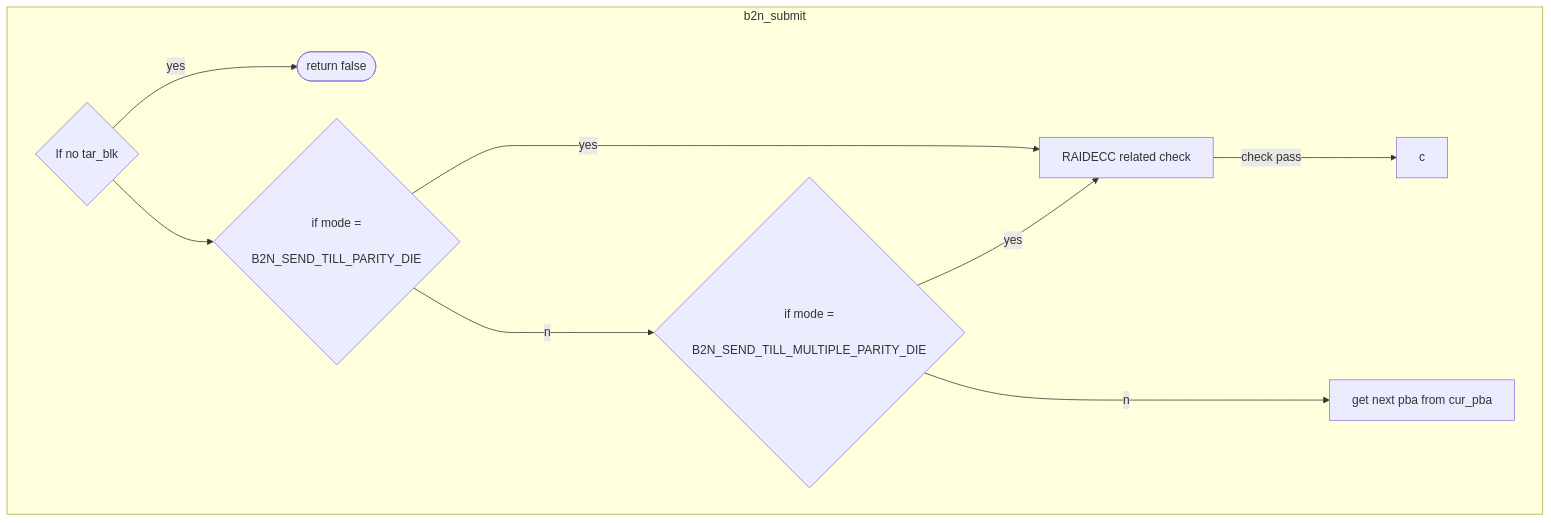
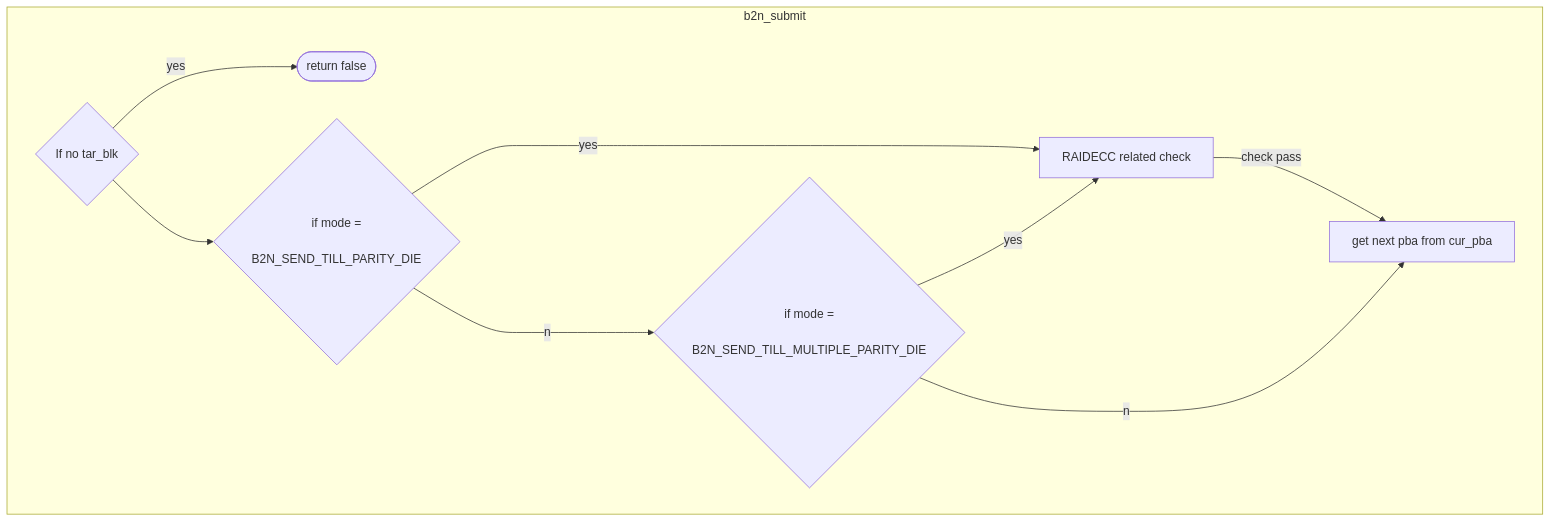
One commit to jenny112646/iodraw-files changed the diagram in all/未命名-2.md. Above: the diagram before and after it, drawn with Mermaid.

Commit message:
2024-06-07 10:54:51 update

````diff
--- a/all/未命名-2.md
+++ b/all/未命名-2.md
@@ -1,15 +1,16 @@
 ```mermaid
 flowchart TD
 subgraph b2n_submit
     direction LR
     c1{"If no tar_blk"} --yes--> c2([return false])
     c1 --> c3{"if mode =
     B2N_SEND_TILL_PARITY_DIE"}
     c3 --yes--> c4["RAIDECC related check"]
     c3 --no---> c5{"if mode =
     B2N_SEND_TILL_MULTIPLE_PARITY_DIE"}
     c5 --yes--> c4["RAIDECC related check"]
     c5 --no--> c6["get next pba from cur_pba"]
-    c4 --"check pass"--> c
+    c4 --"check pass"--> c6
+    
 end
 ```
````
